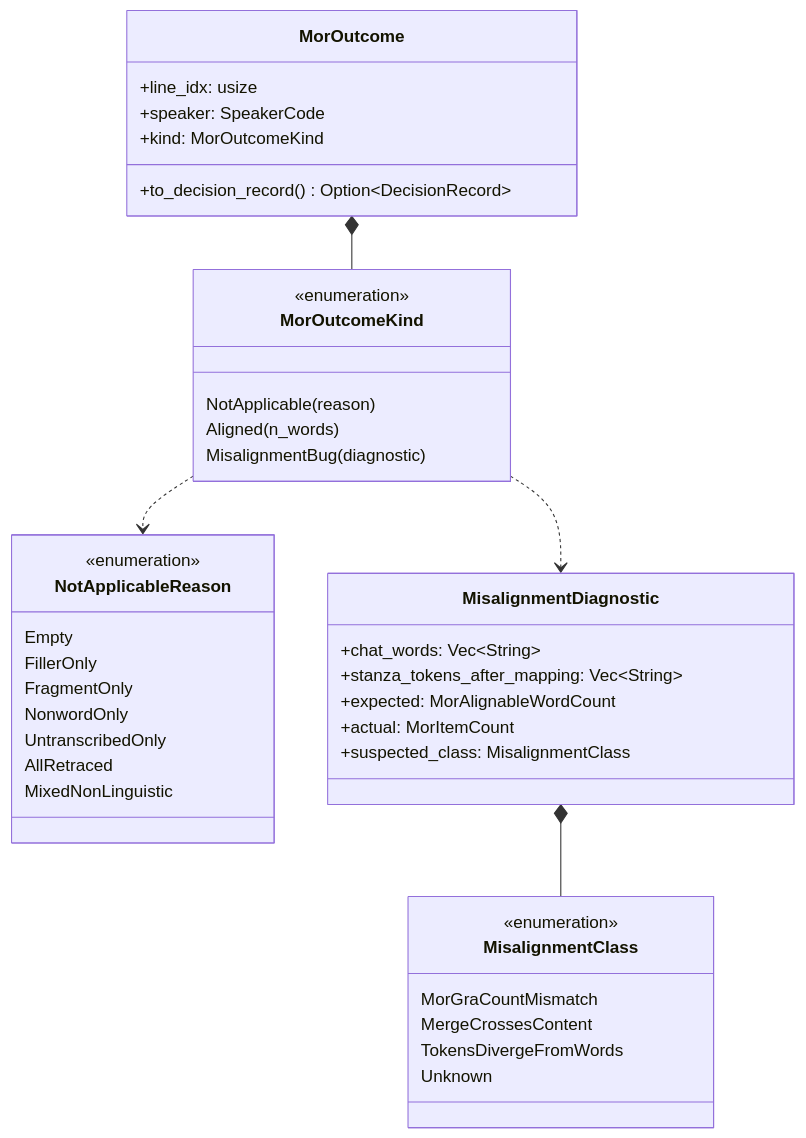
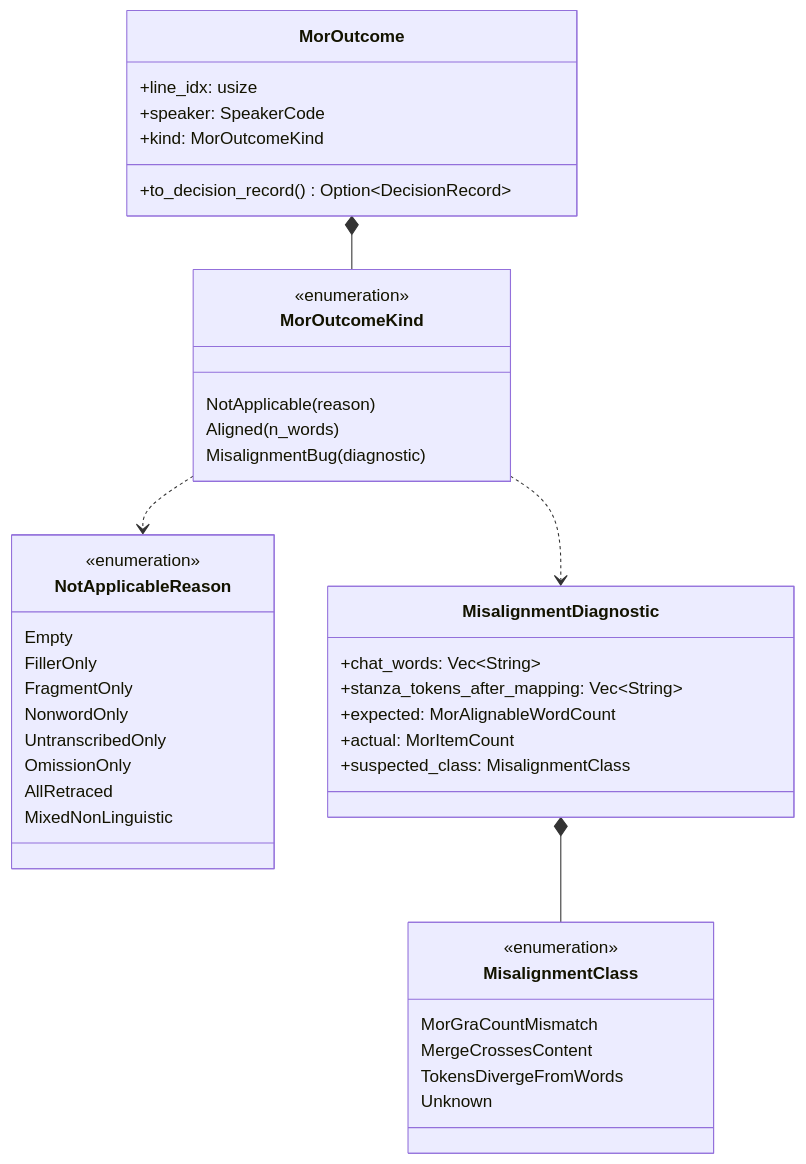
One commit to FranklinChen/talkbank-tools changed the second of 9 diagrams in book/src/batchalign/architecture/pipeline-decisions.md. Above: the diagram before and after it, drawn with Mermaid. The commit also changed other lines of this file and 724 other files, not shown here.

````diff
--- a/book/src/batchalign/architecture/pipeline-decisions.md
+++ b/book/src/batchalign/architecture/pipeline-decisions.md
@@ -80,43 +80,44 @@
 ```mermaid
 classDiagram
     class MorOutcome {
         +line_idx: usize
         +speaker: SpeakerCode
         +kind: MorOutcomeKind
         +to_decision_record() Option~DecisionRecord~
     }
     class MorOutcomeKind {
         <<enumeration>>
         NotApplicable(reason)
         Aligned(n_words)
         MisalignmentBug(diagnostic)
     }
     class NotApplicableReason {
         <<enumeration>>
         Empty
         FillerOnly
         FragmentOnly
         NonwordOnly
         UntranscribedOnly
+        OmissionOnly
         AllRetraced
         MixedNonLinguistic
     }
     class MisalignmentDiagnostic {
         +chat_words: Vec~String~
         +stanza_tokens_after_mapping: Vec~String~
         +expected: MorAlignableWordCount
         +actual: MorItemCount
         +suspected_class: MisalignmentClass
     }
     class MisalignmentClass {
         <<enumeration>>
         MorGraCountMismatch
         MergeCrossesContent
         TokensDivergeFromWords
         Unknown
     }
     MorOutcome *-- MorOutcomeKind
     MorOutcomeKind ..> NotApplicableReason
     MorOutcomeKind ..> MisalignmentDiagnostic
     MisalignmentDiagnostic *-- MisalignmentClass
 ```
````
